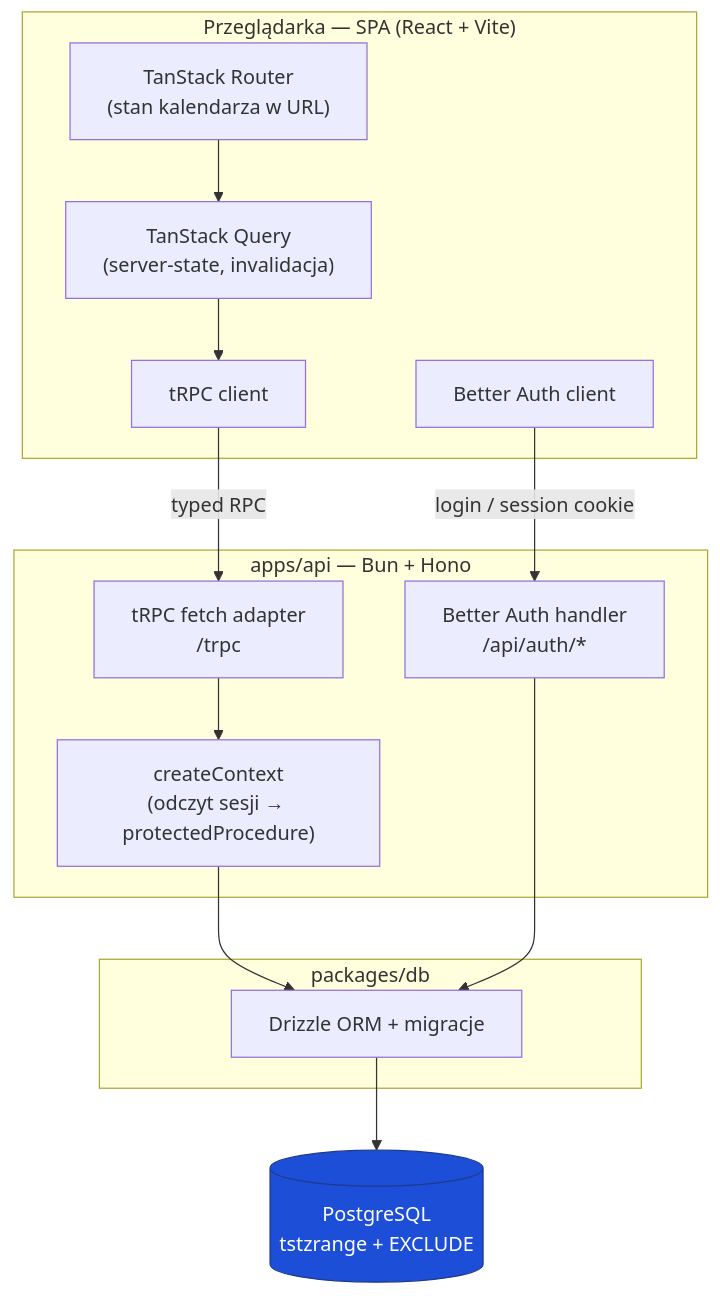
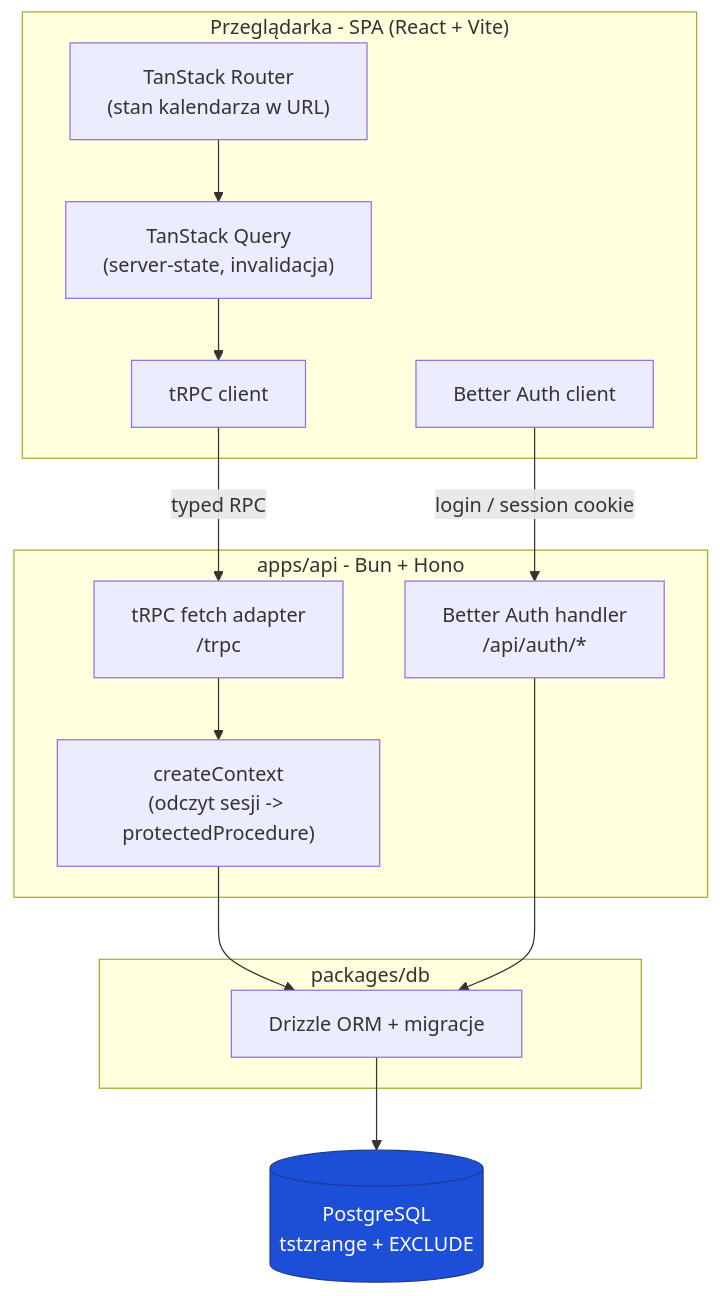
The first of 3 diagrams in design_document.md (kalucky0/atrium), drawn with Mermaid before and after one commit. The commit also changed other lines of this file and 2 other files, not shown here.

````diff
--- a/design_document.md
+++ b/design_document.md
@@ -37,30 +31,30 @@
 ```mermaid
 flowchart TB
-    subgraph Browser["Przeglądarka — SPA (React + Vite)"]
+    subgraph Browser["Przeglądarka - SPA (React + Vite)"]
         Router["TanStack Router<br/>(stan kalendarza w URL)"]
         Query["TanStack Query<br/>(server-state, invalidacja)"]
         TRPCClient["tRPC client"]
         AuthClient["Better Auth client"]
     end
 
-    subgraph API["apps/api — Bun + Hono"]
+    subgraph API["apps/api - Bun + Hono"]
         AuthH["Better Auth handler<br/>/api/auth/*"]
         TRPCH["tRPC fetch adapter<br/>/trpc"]
-        Ctx["createContext<br/>(odczyt sesji → protectedProcedure)"]
+        Ctx["createContext<br/>(odczyt sesji -> protectedProcedure)"]
     end
 
     subgraph DB["packages/db"]
         Drizzle["Drizzle ORM + migracje"]
     end
 
     PG[("PostgreSQL<br/>tstzrange + EXCLUDE")]
 
     Router --> Query --> TRPCClient
     AuthClient -->|"login / session cookie"| AuthH
     TRPCClient -->|"typed RPC"| TRPCH
     TRPCH --> Ctx --> Drizzle --> PG
     AuthH --> Drizzle
 
     classDef store fill:#1d4ed8,stroke:#1e3a8a,color:#fff;
     class PG store;
 ```
````
